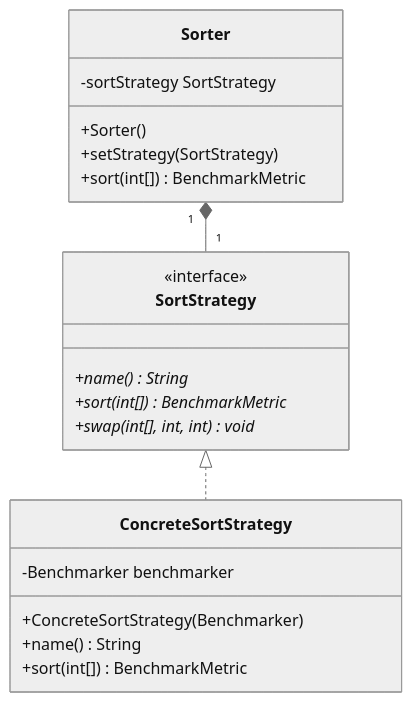
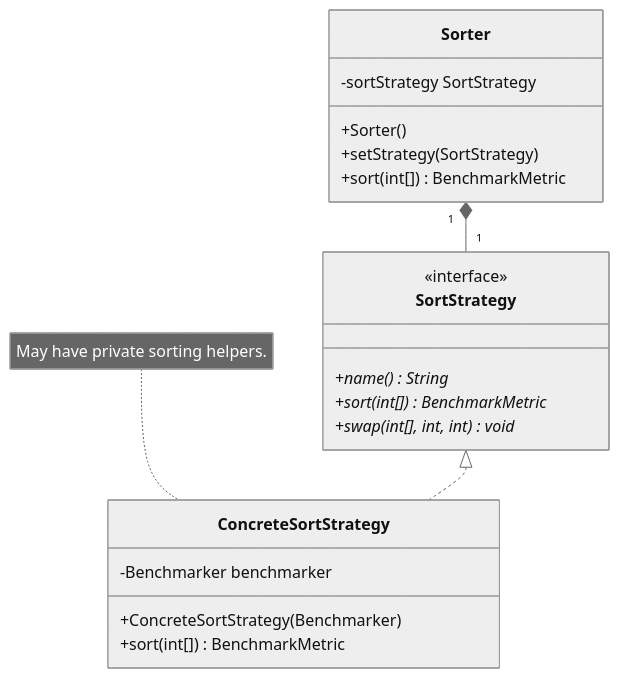
One commit to rlacher/sort-benchmark-cli changed the diagram in docs/uml/class-diagram-sorter-strategies.mmd. Above: the diagram before and after it, drawn with Mermaid. The commit also changed 5 other files, not shown here.

First line of the commit message:
docs: Update UML diagrams in README to reflect codebase changes

```diff
--- a/docs/uml/class-diagram-sorter-strategies.mmd
+++ b/docs/uml/class-diagram-sorter-strategies.mmd
@@ -1,26 +1,26 @@
 %%{init: {'theme':'neutral'}}%%
 classDiagram
 
     class Sorter {
         -sortStrategy SortStrategy
         +Sorter()
         +setStrategy(SortStrategy)
         +sort(int[]) BenchmarkMetric
     }
 
     class SortStrategy {
         <<interface>>
         +name()* String
         +sort(int[])* BenchmarkMetric
         +swap(int[], int, int)* void
     }
 
     class ConcreteSortStrategy {
         -Benchmarker benchmarker
         +ConcreteSortStrategy(Benchmarker)
-        +name() String
         +sort(int[]) BenchmarkMetric
     }
 
+    note for ConcreteSortStrategy "May have private sorting helpers."
     Sorter "1" *-- "1" SortStrategy
     SortStrategy <|.. ConcreteSortStrategy
```
